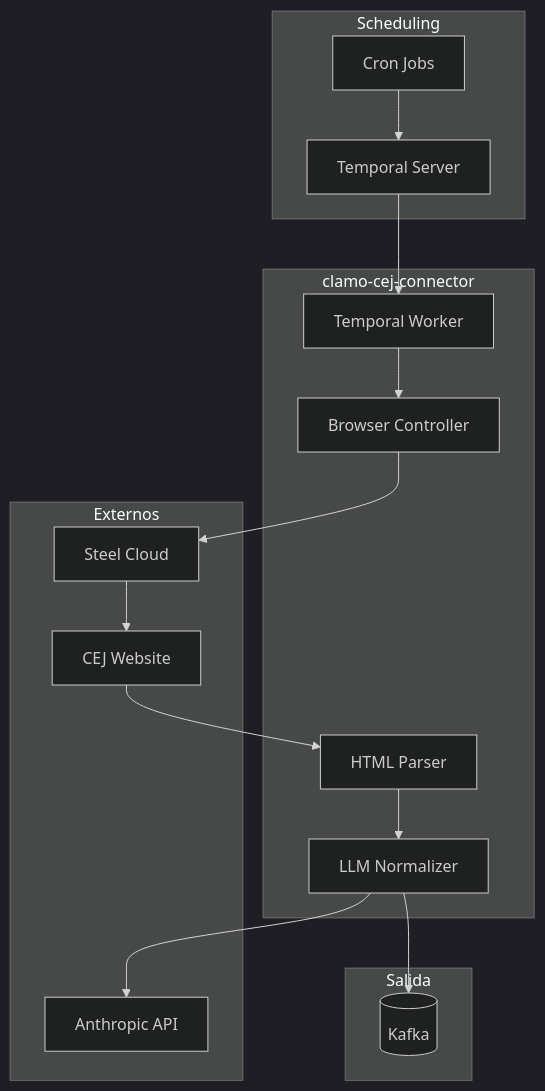
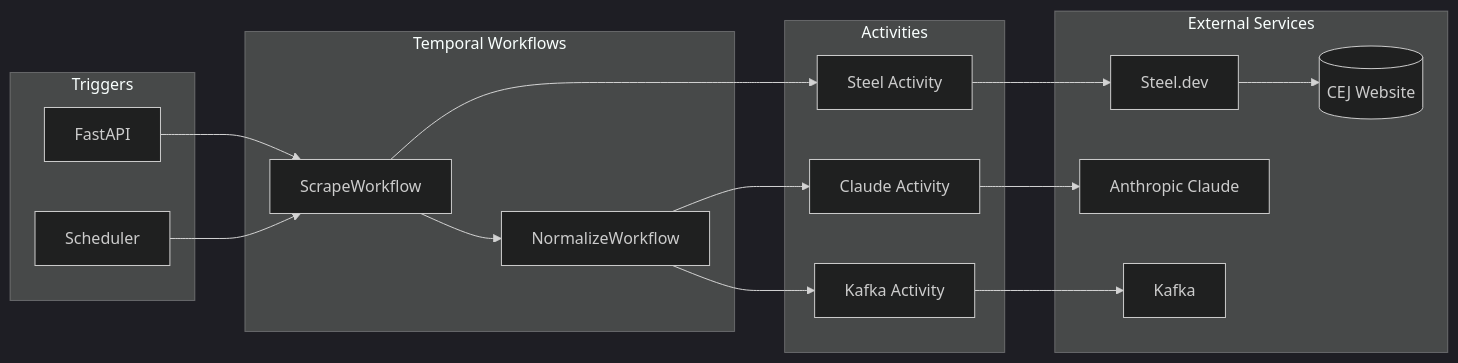
Before and after one commit to GetClamo/docs: the diagram in en/services/clamo-cej-connector.mdx, drawn with Mermaid (dark theme). The commit also changed other lines of this file and 10 other files, not shown here.

First line of the commit message:
docs: update ask-clamo documentation to reflect unified architecture and profile integration

````diff
--- a/en/services/clamo-cej-connector.mdx
+++ b/en/services/clamo-cej-connector.mdx
@@ -22,34 +23,39 @@
 ```mermaid
-flowchart TB
-    subgraph Scheduler [Scheduling]
-        Cron[Cron Jobs]
-        Temporal[Temporal Server]
+flowchart LR
+    subgraph Trigger [Triggers]
+        API[FastAPI]
+        Scheduler[Scheduler]
     end
     
-    subgraph Connector [clamo-cej-connector]
-        Worker[Temporal Worker]
-        Browser[Browser Controller]
-        Parser[HTML Parser]
-        Normalizer[LLM Normalizer]
+    subgraph Temporal [Temporal Workflows]
+        ScrapeWF[ScrapeWorkflow]
+        NormalizeWF[NormalizeWorkflow]
     end
     
-    subgraph External [Externos]
-        Steel[Steel Cloud]
-        CEJ[CEJ Website]
-        Anthropic[Anthropic API]
+    subgraph Activities [Activities]
+        SteelAct[Steel Activity]
+        ClaudeAct[Claude Activity]
+        KafkaAct[Kafka Activity]
     end
     
-    subgraph Output [Salida]
-        Kafka[(Kafka)]
+    subgraph External [External Services]
+        CEJ[(CEJ Website)]
+        Steel[Steel.dev]
+        Claude[Anthropic Claude]
+        Kafka[Kafka]
     end
     
-    Cron --> Temporal
-    Temporal --> Worker
-    Worker --> Browser
-    Browser --> Steel
+    API --> ScrapeWF
+    Scheduler --> ScrapeWF
+    
+    ScrapeWF --> SteelAct
+    SteelAct --> Steel
     Steel --> CEJ
-    CEJ --> Parser
-    Parser --> Normalizer
-    Normalizer --> Anthropic
-    Normalizer --> Kafka
+    
+    ScrapeWF --> NormalizeWF
+    NormalizeWF --> ClaudeAct
+    ClaudeAct --> Claude
+    
+    NormalizeWF --> KafkaAct
+    KafkaAct --> Kafka
 ```
````
